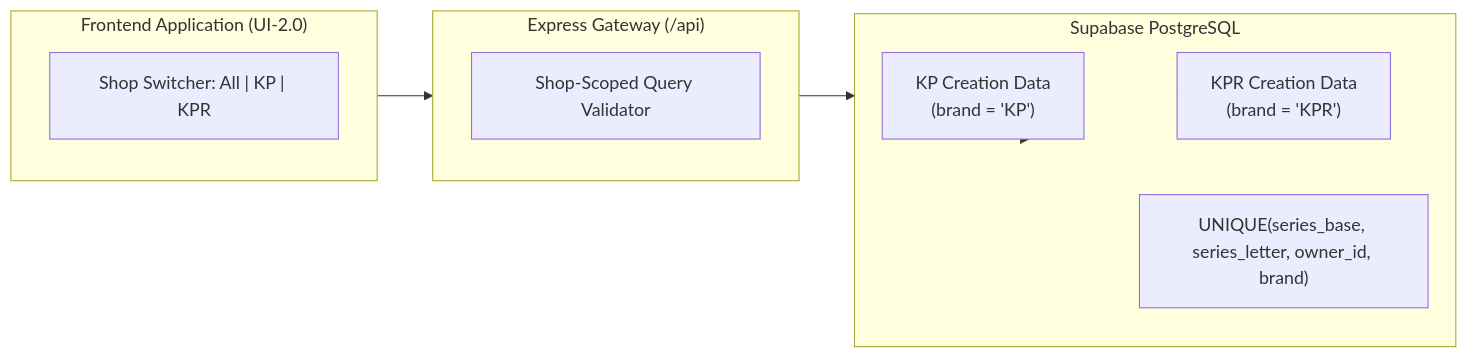
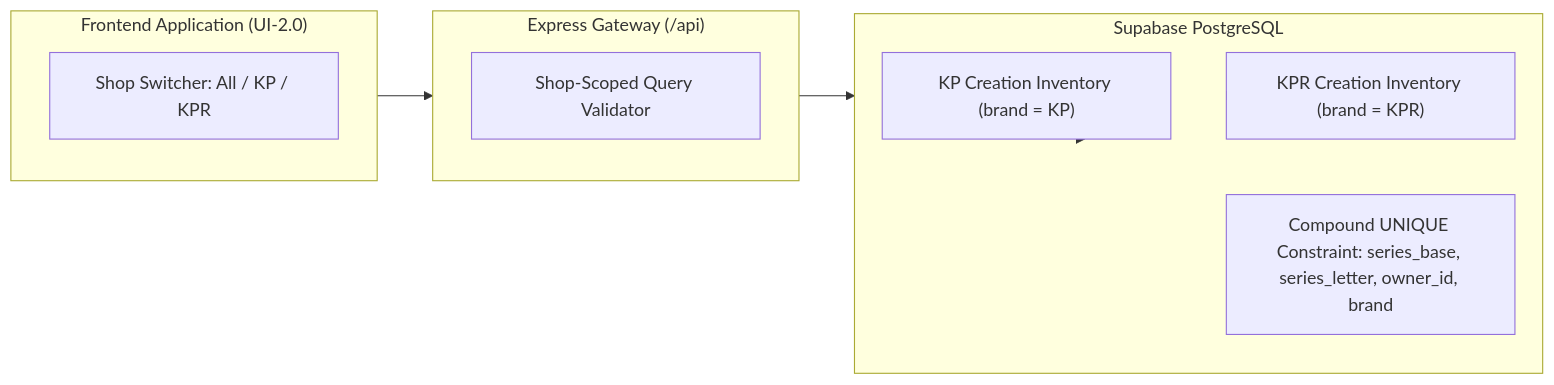
One commit to archimandani041/Saree_management changed the third of 3 diagrams in README.md. Above: the diagram before and after it, drawn with Mermaid. The commit also changed other lines of this file, not shown here.

````diff
--- a/README.md
+++ b/README.md
@@ -154,21 +185,21 @@
 ```mermaid
 flowchart LR
     subgraph Client["Frontend Application (UI-2.0)"]
-        Filter["Shop Switcher: All | KP | KPR"]
+        Filter["Shop Switcher: All / KP / KPR"]
     end
 
     subgraph API["Express Gateway (/api)"]
         ShopGuard["Shop-Scoped Query Validator"]
     end
 
     subgraph Database["Supabase PostgreSQL"]
-        KP["KP Creation Data<br/>(brand = 'KP')"]
-        KPR["KPR Creation Data<br/>(brand = 'KPR')"]
-        Constraint["UNIQUE(series_base, series_letter, owner_id, brand)"]
+        KP["KP Creation Inventory (brand = KP)"]
+        KPR["KPR Creation Inventory (brand = KPR)"]
+        Constraint["Compound UNIQUE Constraint: series_base, series_letter, owner_id, brand"]
     end
 
     Client --> API
     API --> Database
     Database -.-> KP
     Database -.-> KPR
 ```
````
